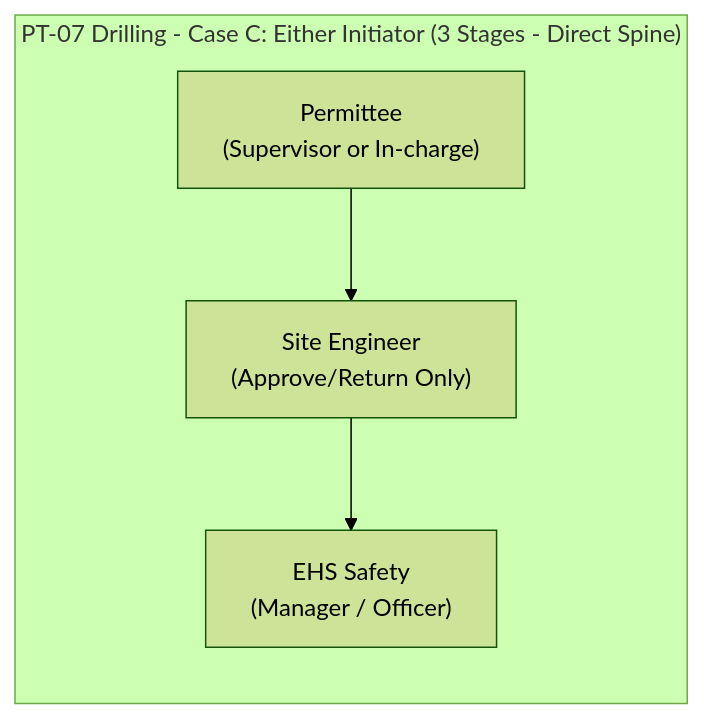
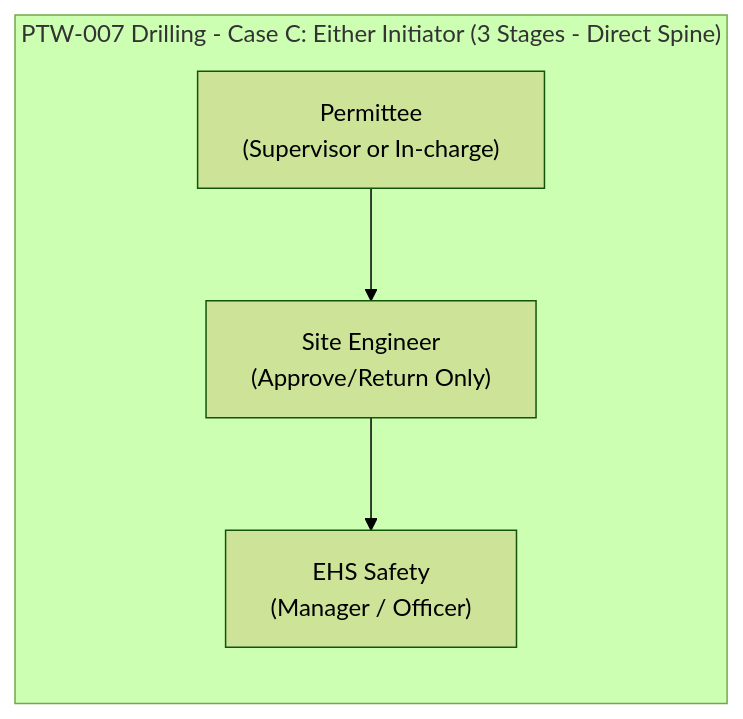
One commit to AuroGroupAutomationBot/ARPL-EHS-Demo changed diagram 11 of 31 in README.md. Above: the diagram before and after it, drawn with Mermaid (forest theme). The commit also changed other lines of this file and 17 other files, not shown here.

````diff
--- a/README.md
+++ b/README.md
@@ -420,7 +421,7 @@
 ```mermaid
 graph LR
-    subgraph "PT-07 Drilling - Case C: Either Initiator (3 Stages - Direct Spine)"
+    subgraph "PTW-007 Drilling - Case C: Either Initiator (3 Stages - Direct Spine)"
         D1["Permittee<br/>(Supervisor or In-charge)"] --> D2["Site Engineer<br/>(Approve/Return Only)"]
         D2 --> D3["EHS Safety<br/>(Manager / Officer)"]
     end
 ```
````
